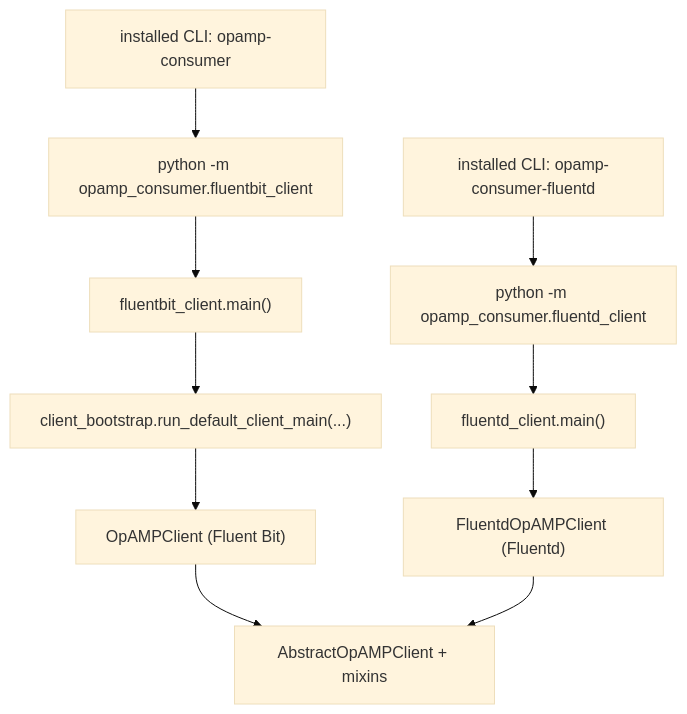
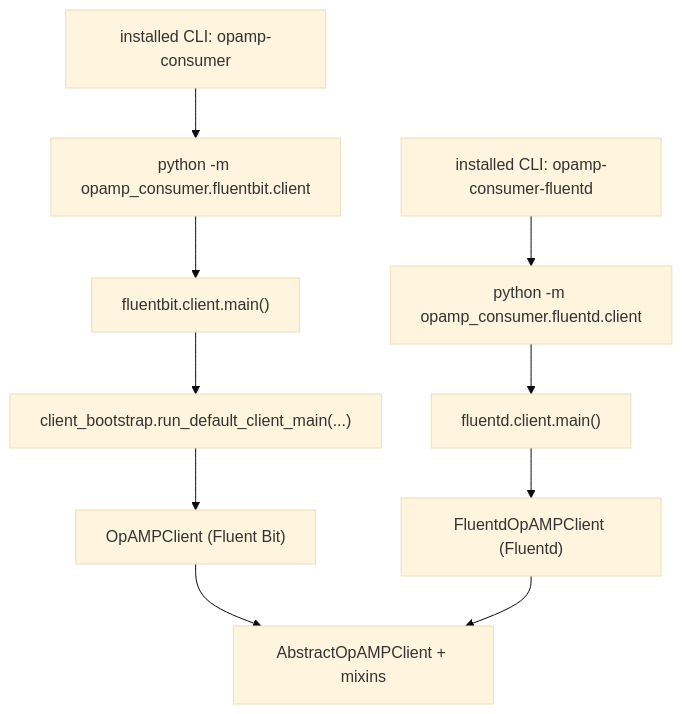
Before and after one commit to mp3monster/fluent-opamp: the second of 6 diagrams in docs/dev/client(consumer)/consumer_client_diagram.md, drawn with Mermaid (base theme). The commit also changed 4 other files, not shown here.

````diff
--- a/docs/dev/client(consumer)/consumer_client_diagram.md
+++ b/docs/dev/client(consumer)/consumer_client_diagram.md
@@ -168,15 +168,15 @@
 ```mermaid
 flowchart TD
-    A["installed CLI: opamp-consumer"] --> B["python -m opamp_consumer.fluentbit_client"]
-    C["installed CLI: opamp-consumer-fluentd"] --> D["python -m opamp_consumer.fluentd_client"]
+    A["installed CLI: opamp-consumer"] --> B["python -m opamp_consumer.fluentbit.client"]
+    C["installed CLI: opamp-consumer-fluentd"] --> D["python -m opamp_consumer.fluentd.client"]
 
-    B --> G["fluentbit_client.main()"]
+    B --> G["fluentbit.client.main()"]
     G --> H["client_bootstrap.run_default_client_main(...)"]
     H --> I["OpAMPClient (Fluent Bit)"]
 
-    D --> J["fluentd_client.main()"]
+    D --> J["fluentd.client.main()"]
     J --> K["FluentdOpAMPClient (Fluentd)"]
 
     I --> L["AbstractOpAMPClient + mixins"]
     K --> L
 ```
````
